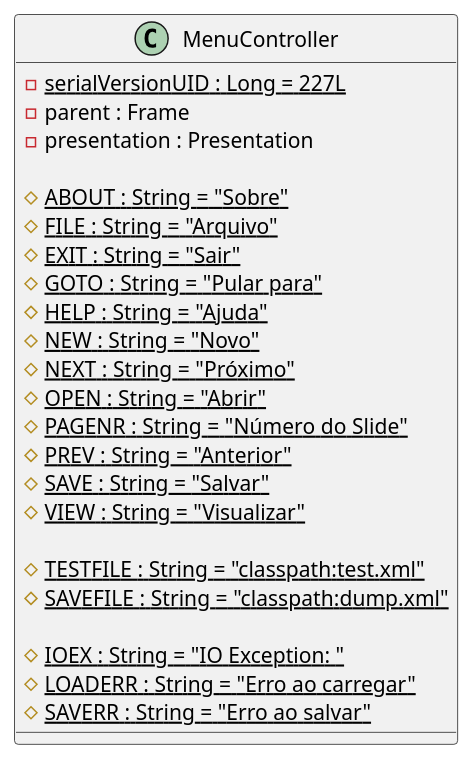
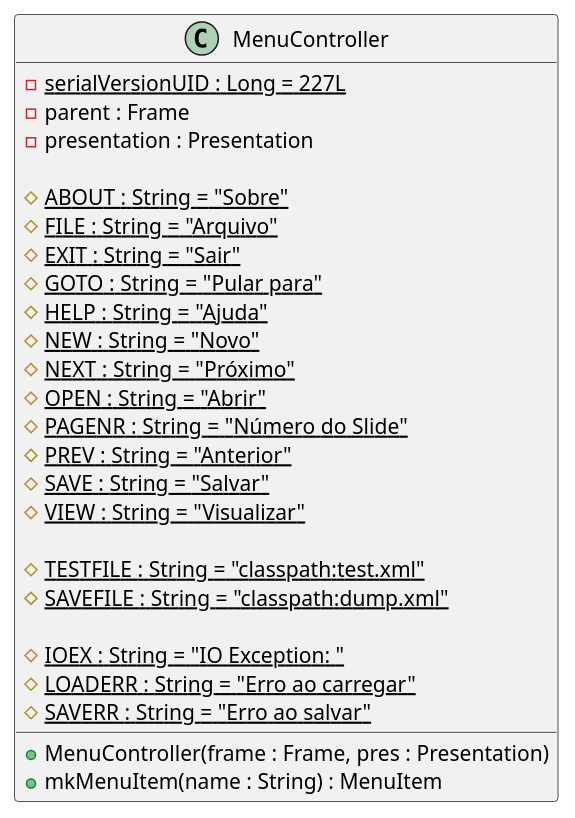
Before and after one commit to gabrielrtlima/diagramas-padroes-projeto: the diagram in classes/MenuController.puml, drawn with PlantUML. The commit also changed 13 other files, not shown here.

```diff
--- a/classes/MenuController.puml
+++ b/classes/MenuController.puml
@@ -1,31 +1,34 @@
 @startuml MenuController
 
 class MenuController {
 
   - {static} serialVersionUID : Long = 227L
   - parent : Frame
   - presentation : Presentation
 
   # {static} ABOUT : String = "Sobre"
   # {static} FILE : String = "Arquivo"
   # {static} EXIT : String = "Sair"
   # {static} GOTO : String = "Pular para"
   # {static} HELP : String = "Ajuda"
   # {static} NEW : String = "Novo"
   # {static} NEXT : String = "Próximo"
   # {static} OPEN : String = "Abrir"
   # {static} PAGENR : String = "Número do Slide"
   # {static} PREV : String = "Anterior"
   # {static} SAVE : String = "Salvar"
   # {static} VIEW : String = "Visualizar"
 
   # {static} TESTFILE : String = "classpath:test.xml"
   # {static} SAVEFILE : String = "classpath:dump.xml"
 
   # {static} IOEX : String = "IO Exception: "
   # {static} LOADERR : String = "Erro ao carregar"
   # {static} SAVERR : String = "Erro ao salvar"
 
+  + MenuController(frame : Frame, pres : Presentation)
+  + mkMenuItem(name : String) : MenuItem
+
 }
 
 @enduml
```
